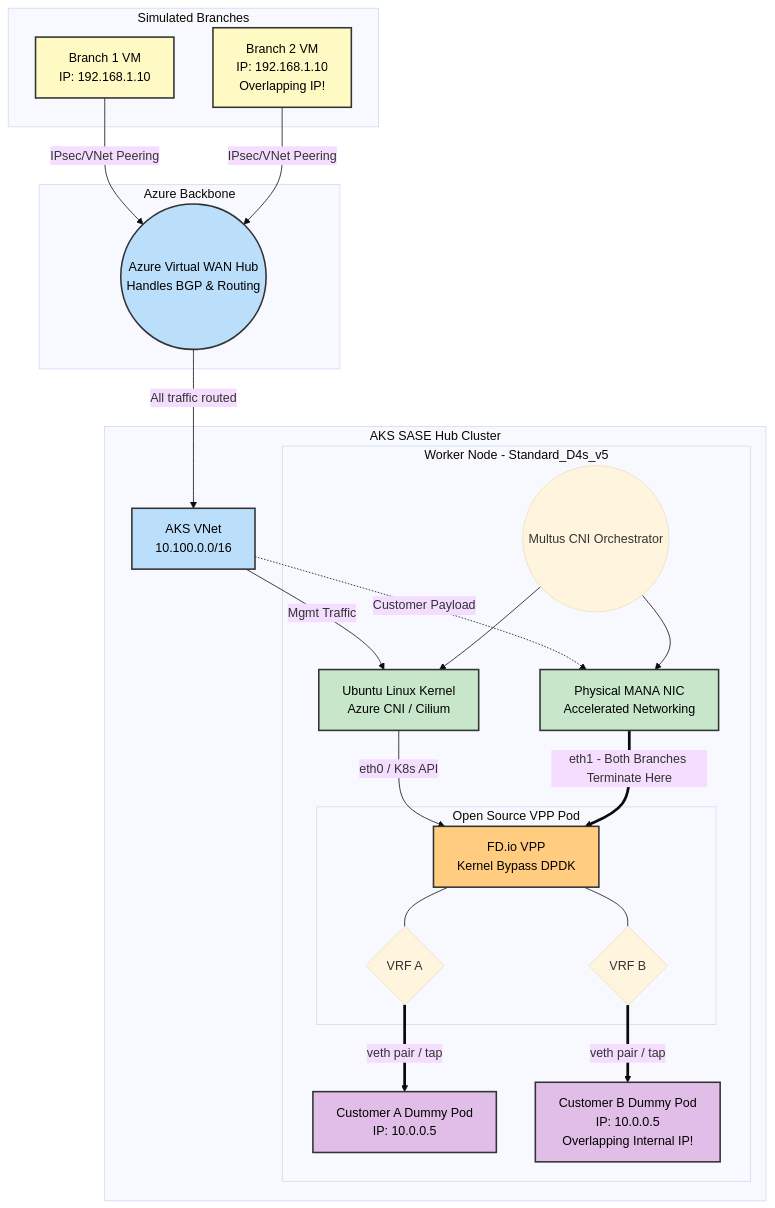
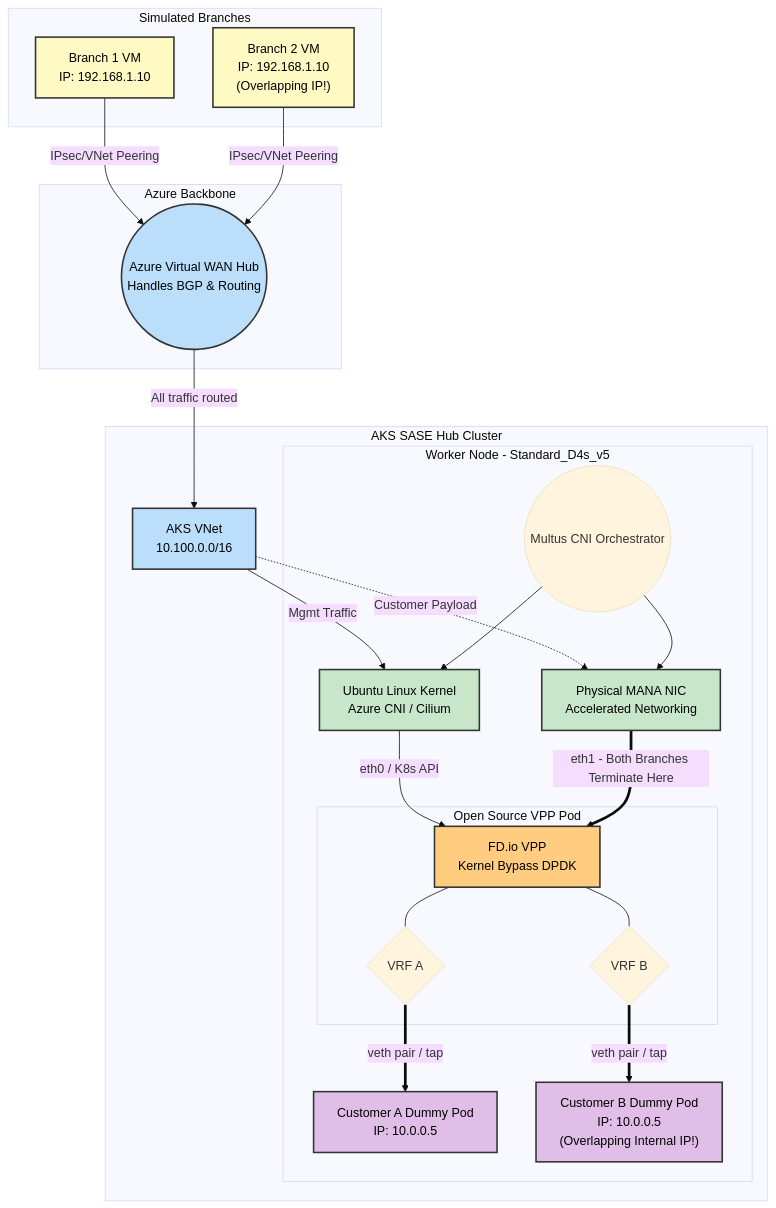
The diagram in azure_sase_poc_lab.md (roie9876/SASE), drawn with Mermaid (base theme) before and after one commit.

Commit message:
docs: replace raw newline characters with proper HTML line breaks in Mermaid diagram labels for better rendering

````diff
--- a/azure_sase_poc_lab.md
+++ b/azure_sase_poc_lab.md
@@ -15,55 +15,55 @@
 ```mermaid
 graph TD
     classDef branch fill:#fff9c4,stroke:#333,stroke-width:2px,color:#000
     classDef azure fill:#bbdefb,stroke:#333,stroke-width:2px,color:#000
     classDef aks fill:#c8e6c9,stroke:#333,stroke-width:2px,color:#000
     classDef pod fill:#ffcc80,stroke:#333,stroke-width:2px,color:#000
     classDef app fill:#e1bee7,stroke:#333,stroke-width:2px,color:#000
 
     subgraph Simulated Branches
-        B1[Branch 1 VM\nIP: 192.168.1.10]:::branch
-        B2[Branch 2 VM\nIP: 192.168.1.10\nOverlapping IP!]:::branch
+        B1["Branch 1 VM<br/>IP: 192.168.1.10"]:::branch
+        B2["Branch 2 VM<br/>IP: 192.168.1.10<br/>(Overlapping IP!)"]:::branch
     end
 
     subgraph Azure Backbone
-        vWAN((Azure Virtual WAN Hub\nHandles BGP & Routing)):::azure
+        vWAN(("Azure Virtual WAN Hub<br/>Handles BGP & Routing")):::azure
         
         B1 -->|IPsec/VNet Peering| vWAN
         B2 -->|IPsec/VNet Peering| vWAN
     end
 
     subgraph AKS SASE Hub Cluster
-        AKS_VNET[AKS VNet\n10.100.0.0/16]:::azure
+        AKS_VNET["AKS VNet<br/>10.100.0.0/16"]:::azure
         
         subgraph Worker Node - Standard_D4s_v5
-            NODE_OS[Ubuntu Linux Kernel\nAzure CNI / Cilium]:::aks
-            NIC1[Physical MANA NIC\nAccelerated Networking]:::aks
+            NODE_OS["Ubuntu Linux Kernel<br/>Azure CNI / Cilium"]:::aks
+            NIC1["Physical MANA NIC<br/>Accelerated Networking"]:::aks
             
             MULTUS((Multus CNI Orchestrator))
             
             subgraph Open Source VPP Pod
-                VPP[FD.io VPP \nKernel Bypass DPDK]:::pod
+                VPP["FD.io VPP<br/>Kernel Bypass DPDK"]:::pod
                 VRF_A{VRF A}
                 VRF_B{VRF B}
                 
                 VPP --- VRF_A
                 VPP --- VRF_B
             end
             
-            PODA[Customer A Dummy Pod \n IP: 10.0.0.5]:::app
-            PODB[Customer B Dummy Pod \n IP: 10.0.0.5 \n Overlapping Internal IP!]:::app
+            PODA["Customer A Dummy Pod<br/>IP: 10.0.0.5"]:::app
+            PODB["Customer B Dummy Pod<br/>IP: 10.0.0.5<br/>(Overlapping Internal IP!)"]:::app
         end
     end
 
     vWAN -->|All traffic routed| AKS_VNET
     AKS_VNET -->|Mgmt Traffic| NODE_OS
     AKS_VNET -.->|Customer Payload| NIC1
     
     NODE_OS -->|eth0 / K8s API| VPP
     NIC1 ==>|eth1 - Both Branches Terminate Here| VPP
     MULTUS --> NODE_OS
     MULTUS --> NIC1
     
     VRF_A ==>|veth pair / tap| PODA
     VRF_B ==>|veth pair / tap| PODB
 ```
````
